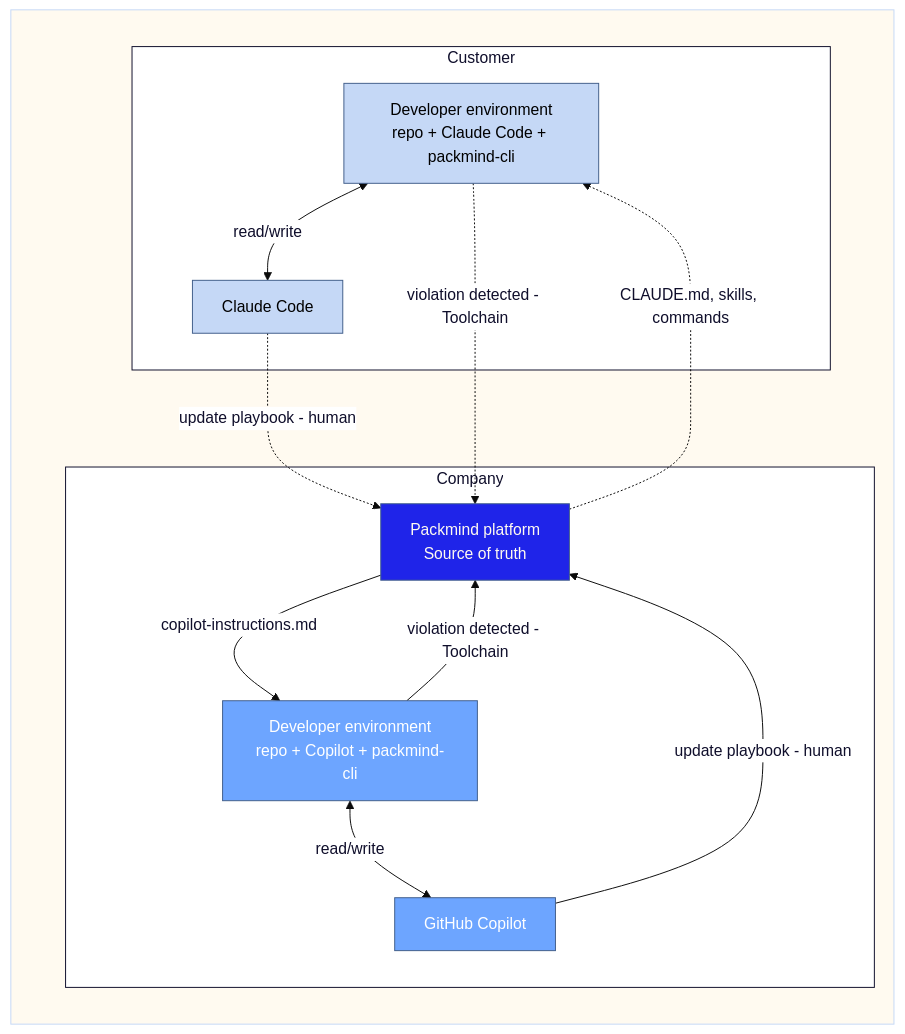
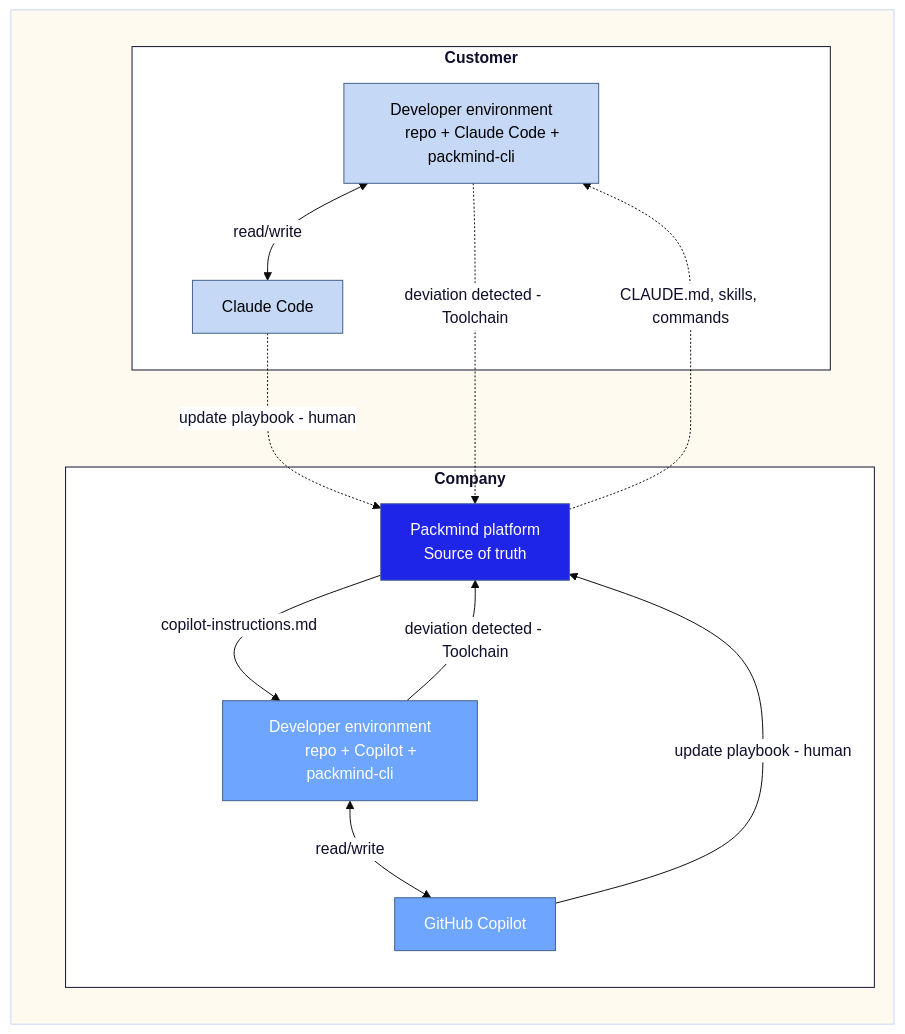
Before and after one commit to gino1902/chief-of-droids: the first of 2 diagrams in shared/elevate-theme/elevate-mermaid.md, drawn with Mermaid. The commit also changed other lines of this file and 3 other files, not shown here.

First line of the commit message:
skills/writing-docs: add mermaid.md reference, patch SKILL.md + markdown-formatting.md; update elevate-mermaid.md canonical example

````diff
--- a/shared/elevate-theme/elevate-mermaid.md
+++ b/shared/elevate-theme/elevate-mermaid.md
@@ -28,37 +28,40 @@
 ```mermaid
 %%{init: {"theme": "base", "themeVariables": {"edgeLabelBackground": "#FFFFFF"}}}%%
 flowchart LR
   classDef main      fill:#FFFAF0,color:#FFFAF0,stroke:#C5D8F6
   classDef primary   fill:#1F24E9,color:#FFFAF0,stroke:#425F8B
   classDef secondary fill:#6DA5FF,color:#FFFFFF,stroke:#425F8B
   classDef tertiary  fill:#C5D8F6,color:#000000,stroke:#425F8B
   classDef cluster   fill:#FFFFFF,color:#0F0E2B,stroke:#0F0E2B
   linkStyle default color:#0F0E2B
 
   subgraph Main
-    subgraph Company
-      PM[Packmind platform\nSource of truth]
-      DEV[Developer environment\nrepo + Copilot + packmind-cli]
+    subgraph "`**Company**`"
+      PM[Packmind platform
+      Source of truth]
+      DEV[Developer environment
+      repo + Copilot + packmind-cli]
       GH[GitHub Copilot]
     end
-    subgraph Customer
-      C_DEV[Developer environment\nrepo + Claude Code + packmind-cli]
+    subgraph "`**Customer**`"
+      C_DEV[Developer environment
+      repo + Claude Code + packmind-cli]
       C_CC[Claude Code]
     end
   end
 
   PM -->|copilot-instructions.md| DEV
   PM -.->|CLAUDE.md, skills, commands| C_DEV
   DEV <-->|read/write| GH
   C_DEV <-->|read/write| C_CC
   GH -->|update playbook - human| PM
   C_CC -.->|update playbook - human| PM
-  DEV -->|violation detected - Toolchain| PM
-  C_DEV -.->|violation detected - Toolchain| PM
+  DEV -->|deviation detected - Toolchain| PM
+  C_DEV -.->|deviation detected - Toolchain| PM
 
   class PM primary
   class DEV,GH secondary
   class C_DEV,C_CC tertiary
   class Company,Customer cluster
   class Main main
 ```
````
